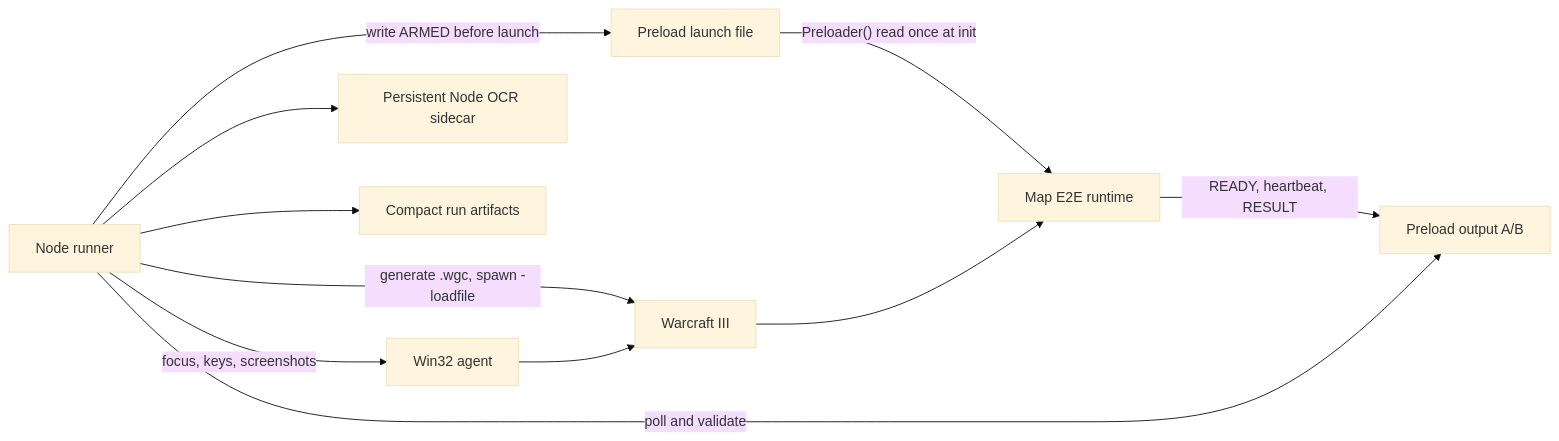
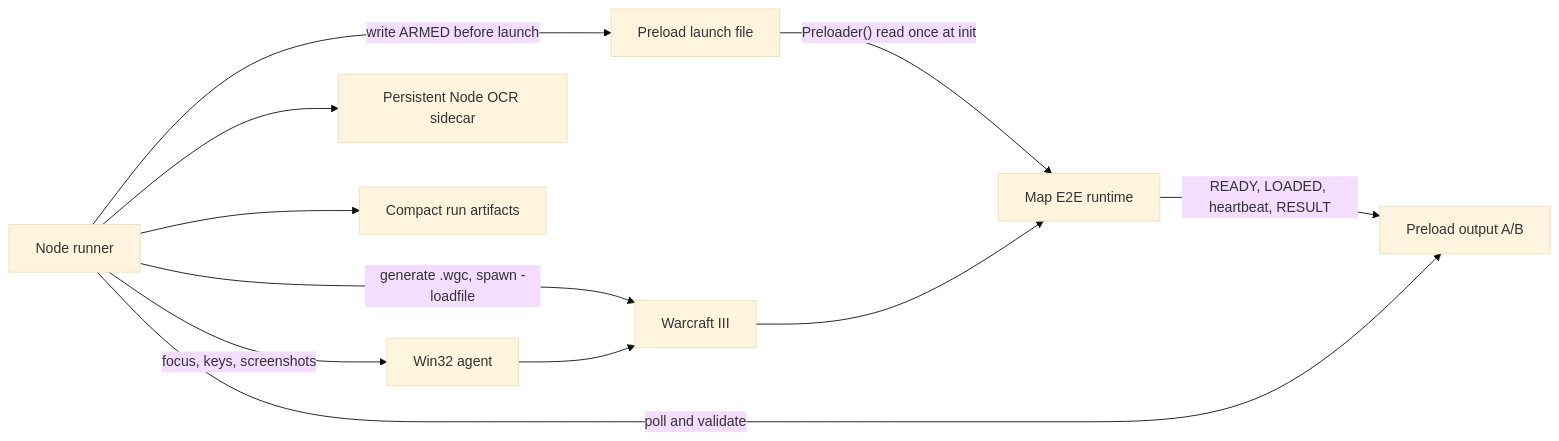
Before and after one commit to Frotty/wc3-e2e-harness: the diagram in docs/SharedE2EHarnessPlan.md, drawn with Mermaid (base theme). The commit also changed other lines of this file and 21 other files, not shown here.

````diff
--- a/docs/SharedE2EHarnessPlan.md
+++ b/docs/SharedE2EHarnessPlan.md
@@ -64,13 +64,13 @@
 ```mermaid
 flowchart LR
     Runner["Node runner"] -->|"write ARMED before launch"| Control["Preload launch file"]
     Runner -->|"generate .wgc, spawn -loadfile"| WC3["Warcraft III"]
     Runner -->|"focus, keys, screenshots"| Agent["Win32 agent"]
     Agent --> WC3
     Control -->|"Preloader() read once at init"| Map["Map E2E runtime"]
     WC3 --> Map
-    Map -->|"READY, heartbeat, RESULT"| Output["Preload output A/B"]
+    Map -->|"READY, LOADED, heartbeat, RESULT"| Output["Preload output A/B"]
     Runner -->|"poll and validate"| Output
     Runner --> OCR["Persistent Node OCR sidecar"]
     Runner --> Artifacts["Compact run artifacts"]
 ```
````
